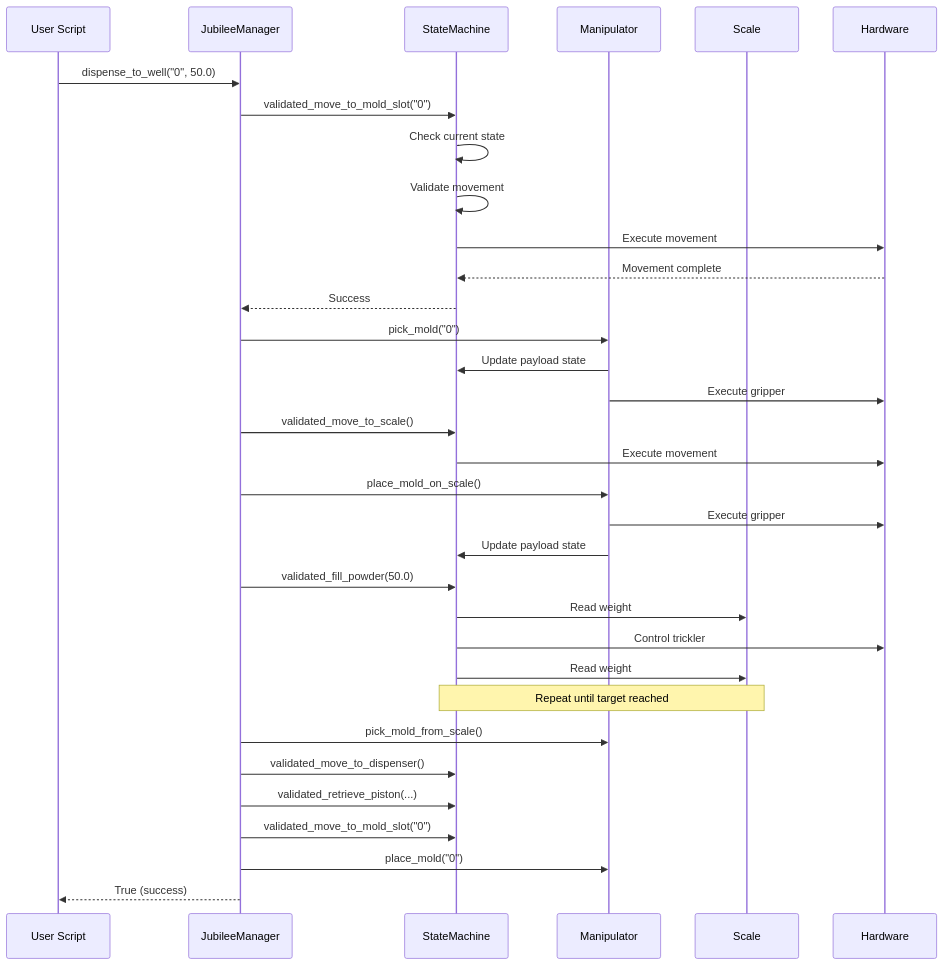
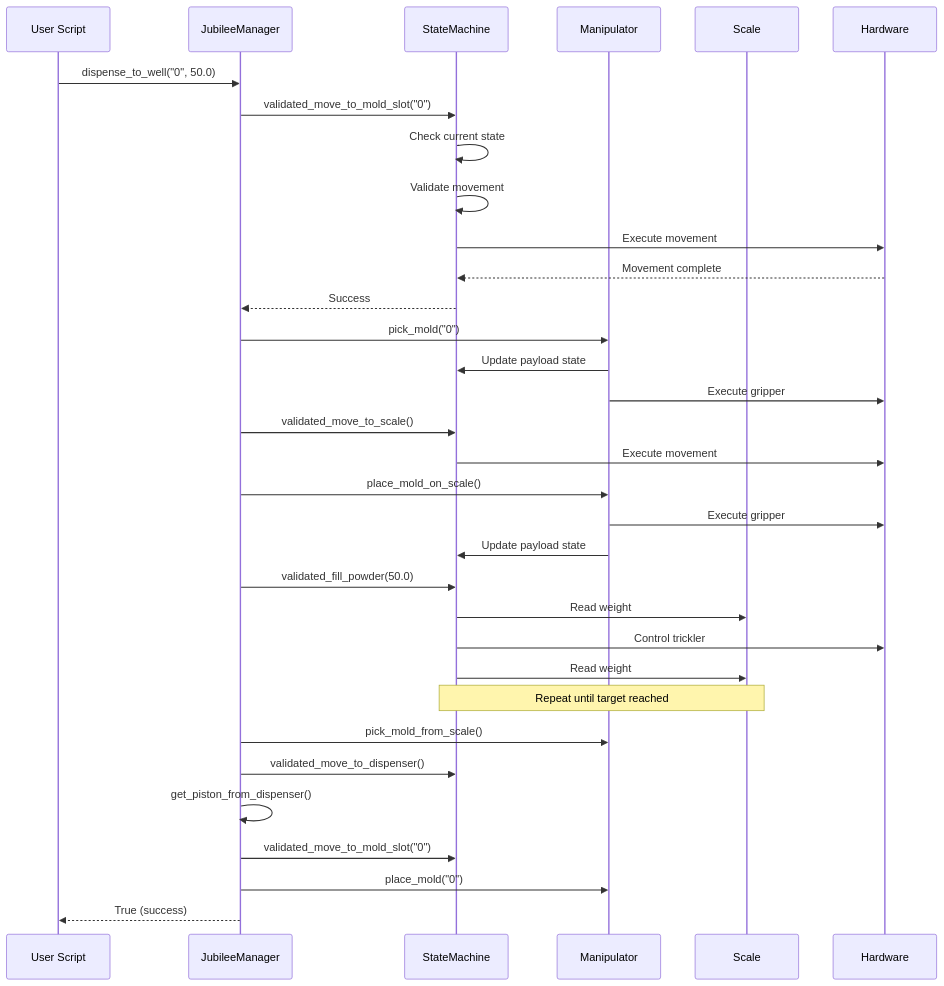
One commit to bennett-lahn/jubilee-powder changed the third of 3 diagrams in docs/concepts/architecture.md. Above: the diagram before and after it, drawn with Mermaid. The commit also changed other lines of this file and 57 other files, not shown here.

````diff
--- a/docs/concepts/architecture.md
+++ b/docs/concepts/architecture.md
@@ -270,42 +274,42 @@
 ```mermaid
 sequenceDiagram
     participant U as User Script
     participant JM as JubileeManager
     participant SM as StateMachine
     participant M as Manipulator
     participant S as Scale
     participant H as Hardware
 
     U->>JM: dispense_to_well("0", 50.0)
     JM->>SM: validated_move_to_mold_slot("0")
     SM->>SM: Check current state
     SM->>SM: Validate movement
     SM->>H: Execute movement
     H-->>SM: Movement complete
     SM-->>JM: Success
     
     JM->>M: pick_mold("0")
     M->>SM: Update payload state
     M->>H: Execute gripper
     
     JM->>SM: validated_move_to_scale()
     SM->>H: Execute movement
     
     JM->>M: place_mold_on_scale()
     M->>H: Execute gripper
     M->>SM: Update payload state
     
     JM->>SM: validated_fill_powder(50.0)
     SM->>S: Read weight
     SM->>H: Control trickler
     SM->>S: Read weight
     Note over SM,S: Repeat until target reached
     
     JM->>M: pick_mold_from_scale()
     JM->>SM: validated_move_to_dispenser()
-    JM->>SM: validated_retrieve_piston(...)
+    JM->>JM: get_piston_from_dispenser()
     JM->>SM: validated_move_to_mold_slot("0")
     JM->>M: place_mold("0")
     
     JM-->>U: True (success)
 ```
````
